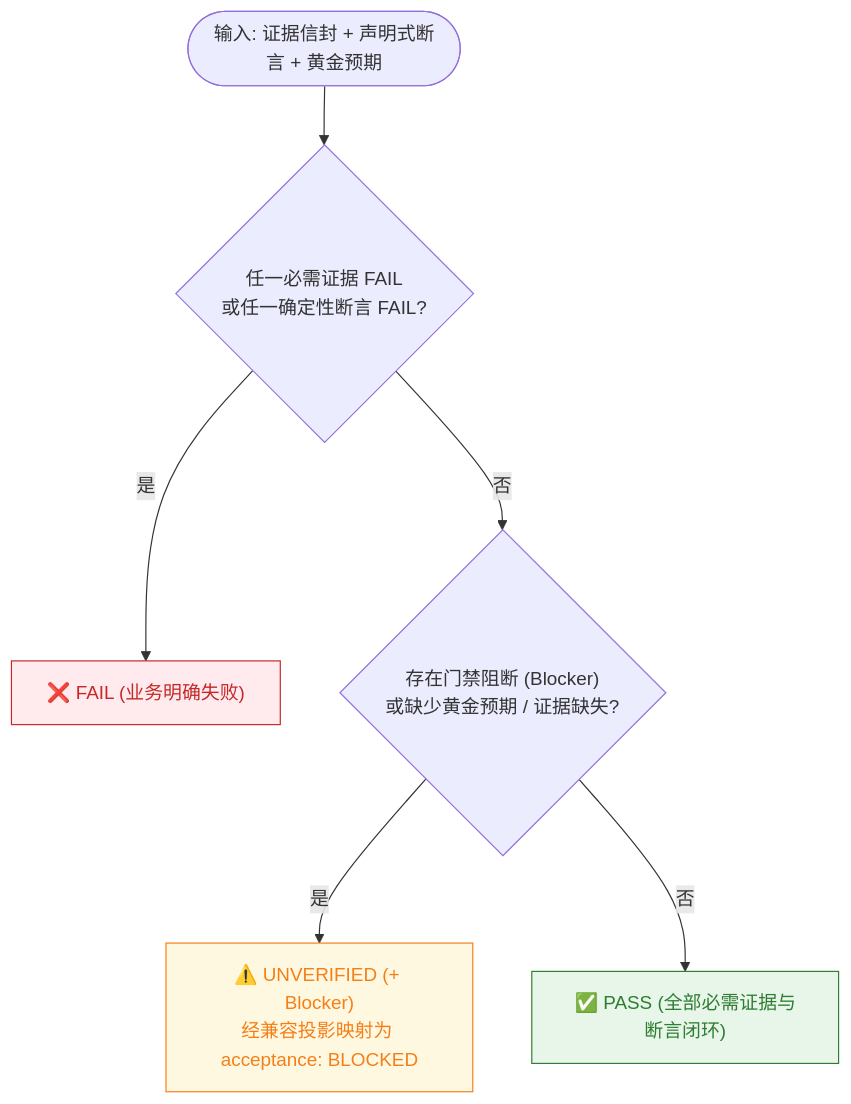
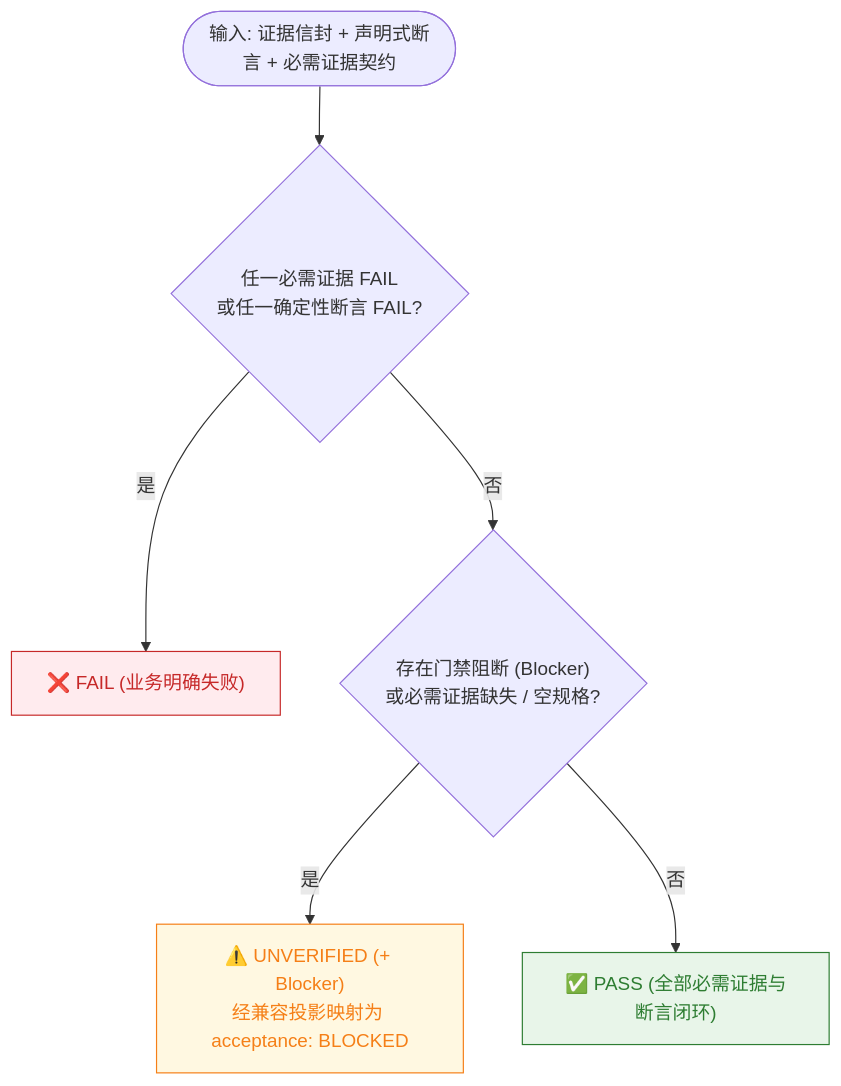
The third of 3 diagrams in README.md (CAoyinggo/panqu-Test-agent), drawn with Mermaid before and after one commit. The commit also changed other lines of this file and 30 other files, not shown here.

First line of the commit message:
docs(devtest): code-cited NewAPI diversion flow skill + honest README

````diff
--- a/README.md
+++ b/README.md
@@ -112,12 +112,12 @@
 ```mermaid
 flowchart TD
-    START(["输入: 证据信封 + 声明式断言 + 黄金预期"]) --> CRIT{"任一必需证据 FAIL<br>或任一确定性断言 FAIL?"}
+    START(["输入: 证据信封 + 声明式断言 + 必需证据契约"]) --> CRIT{"任一必需证据 FAIL<br>或任一确定性断言 FAIL?"}
     CRIT -- 是 --> FAIL["❌ FAIL (业务明确失败)"]
-    CRIT -- 否 --> BLOCK{"存在门禁阻断 (Blocker)<br>或缺少黄金预期 / 证据缺失?"}
+    CRIT -- 否 --> BLOCK{"存在门禁阻断 (Blocker)<br>或必需证据缺失 / 空规格?"}
     BLOCK -- 是 --> UNVER["⚠️ UNVERIFIED (+ Blocker)<br>经兼容投影映射为 acceptance: BLOCKED"]
     BLOCK -- 否 --> PASS["✅ PASS (全部必需证据与断言闭环)"]
 
     style FAIL fill:#ffebee,stroke:#c62828,color:#c62828
     style UNVER fill:#fff8e1,stroke:#f57f17,color:#f57f17
     style PASS fill:#e8f5e9,stroke:#2e7d32,color:#2e7d32
 ```
````
